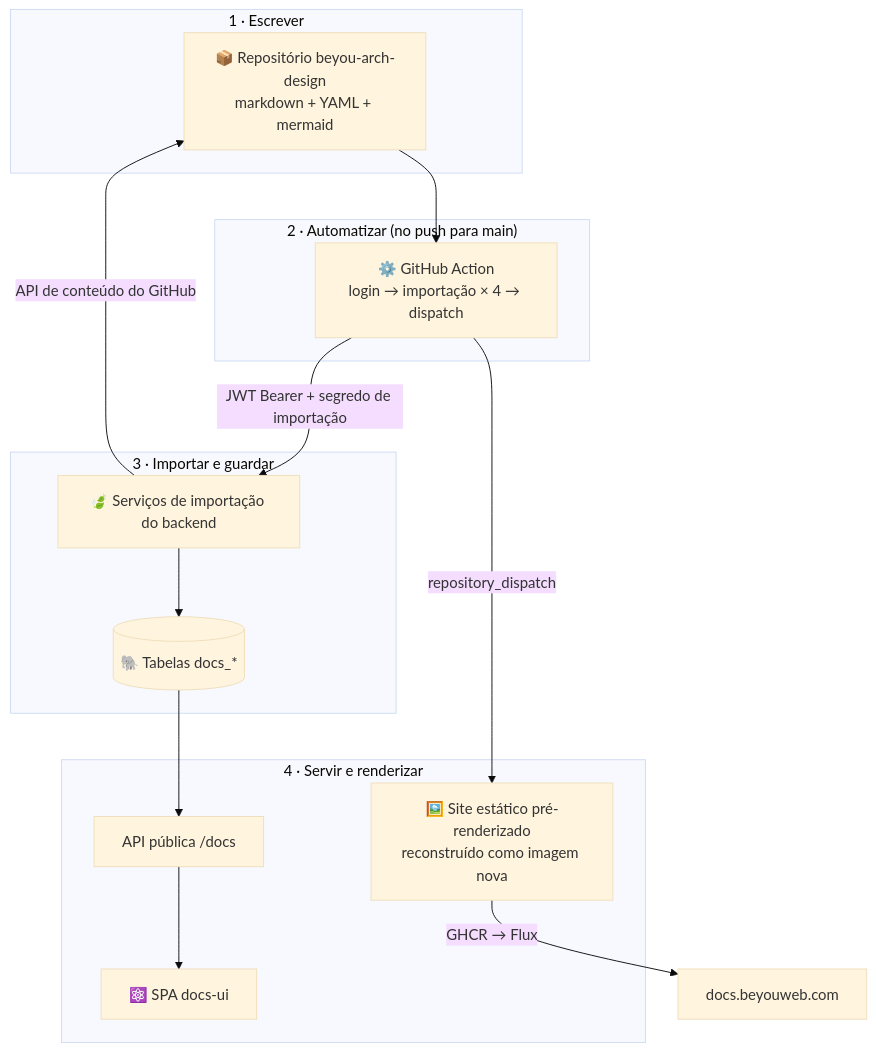
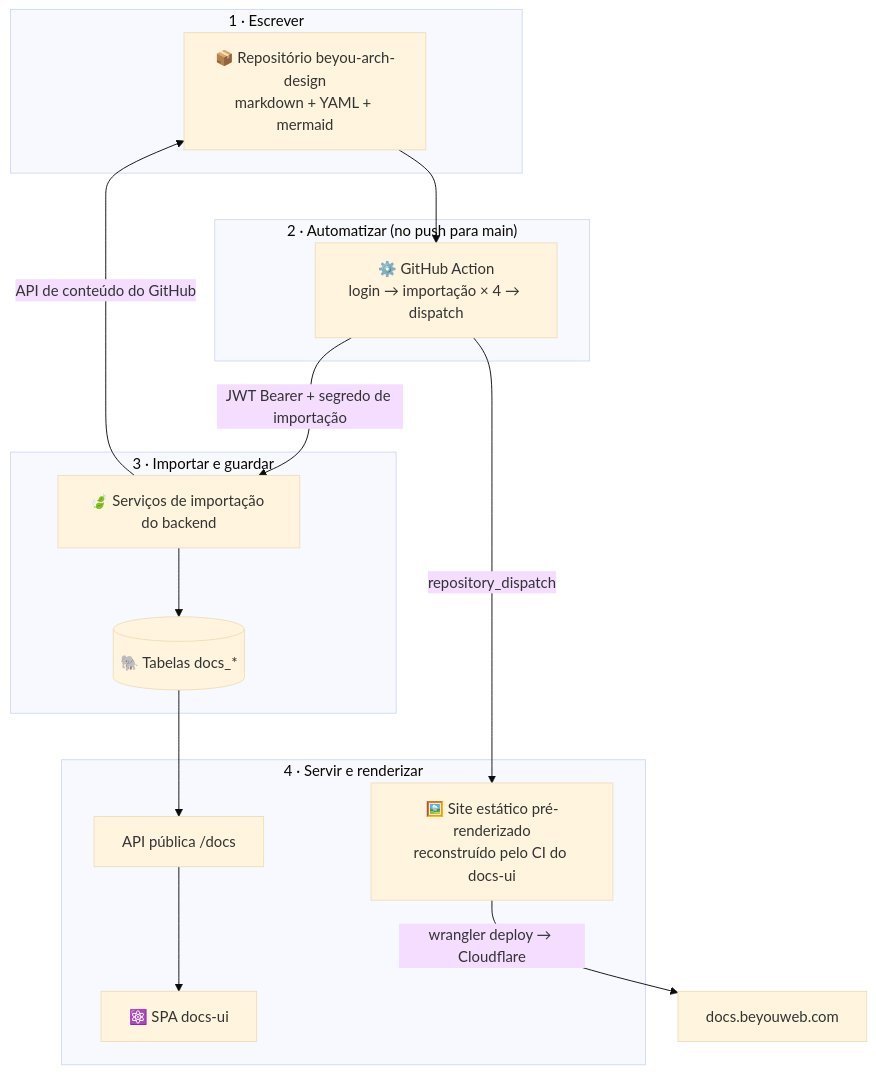
One commit to AndDev741/Beyou-arch-design changed the diagram in architecture/docs-system/pt.md. Above: the diagram before and after it, drawn with Mermaid (base theme). The commit also changed other lines of this file and 25 other files, not shown here.

````diff
--- a/architecture/docs-system/pt.md
+++ b/architecture/docs-system/pt.md
@@ -10,30 +10,30 @@
 ```mermaid
 flowchart TD
   subgraph write["1 · Escrever"]
     GH["📦 Repositório beyou-arch-design<br/>markdown + YAML + mermaid"]
   end
 
   subgraph automate["2 · Automatizar (no push para main)"]
     WF["⚙️ GitHub Action<br/>login → importação × 4 → dispatch"]
   end
 
   subgraph store["3 · Importar e guardar"]
     BE["🍃 Serviços de importação do backend"]
     DB[("🐘 Tabelas docs_*")]
   end
 
   subgraph serve["4 · Servir e renderizar"]
     API["API pública /docs"]
     UI["⚛️ SPA docs-ui"]
-    PRE["🖼️ Site estático pré-renderizado<br/>reconstruído como imagem nova"]
+    PRE["🖼️ Site estático pré-renderizado<br/>reconstruído pelo CI do docs-ui"]
   end
 
   GH --> WF
   WF -->|"JWT Bearer + segredo de importação"| BE
   BE -->|"API de conteúdo do GitHub"| GH
   BE --> DB
   DB --> API
   API --> UI
   WF -->|"repository_dispatch"| PRE
-  PRE -->|"GHCR → Flux"| LIVE["docs.beyouweb.com"]
+  PRE -->|"wrangler deploy → Cloudflare"| LIVE["docs.beyouweb.com"]
 ```
````
